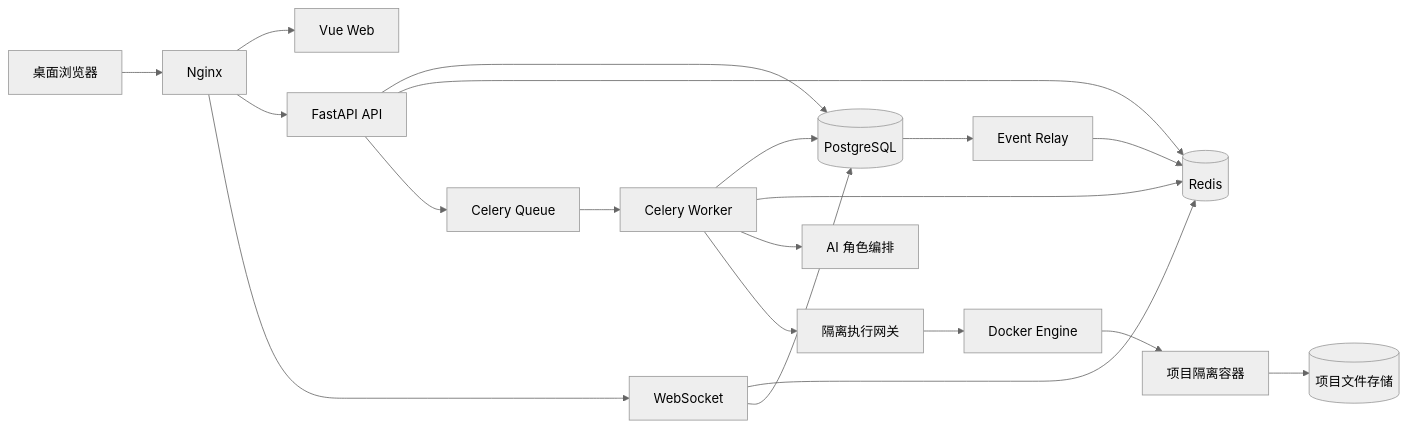
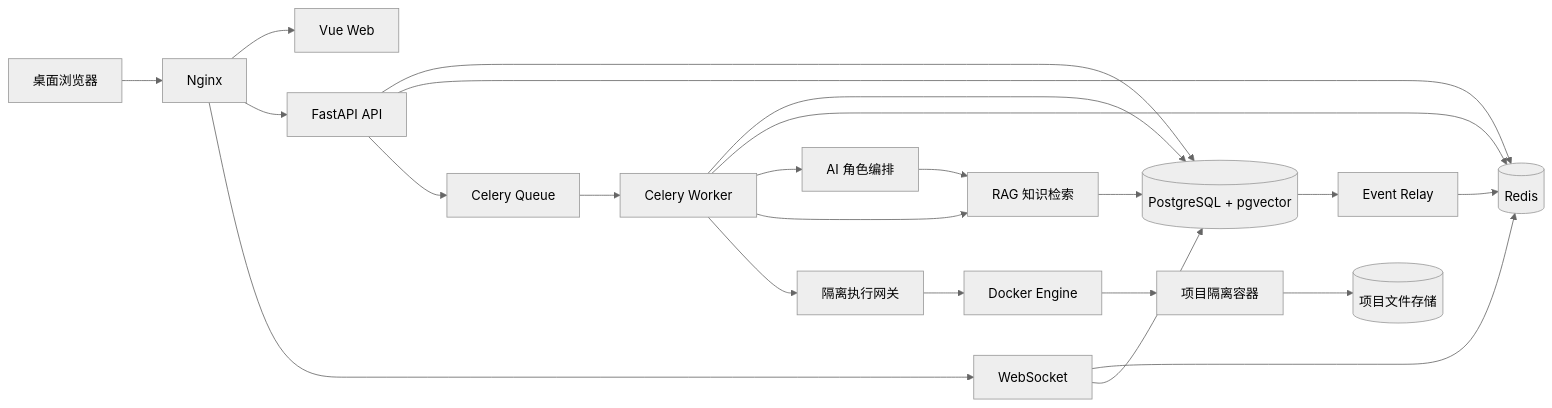
The first of 3 diagrams in docs/3_概要设计/自动化安全评估系统-概要设计总纲.md (F0G-K/asa-system), drawn with Mermaid (neutral theme) before and after one commit. The commit also changed other lines of this file and 119 other files, not shown here.

````diff
--- a/docs/3_概要设计/自动化安全评估系统-概要设计总纲.md
+++ b/docs/3_概要设计/自动化安全评估系统-概要设计总纲.md
@@ -96,25 +96,28 @@
 ```mermaid
 flowchart LR
     U[桌面浏览器] --> N[Nginx]
     N --> W[Vue Web]
     N --> A[FastAPI API]
     N --> S[WebSocket]
 
-    A --> P[(PostgreSQL)]
+    A --> P[(PostgreSQL + pgvector)]
     A --> R[(Redis)]
     A --> Q[Celery Queue]
     S --> R
     S --> P
 
     Q --> C[Celery Worker]
     C --> P
     C --> R
     C --> L[AI 角色编排]
+    C --> K[RAG 知识检索]
     C --> E[隔离执行网关]
+    K --> P
+    L --> K
     E --> D[Docker Engine]
     D --> X[项目隔离容器]
     X --> F[(项目文件存储)]
 
     P --> O[Event Relay]
     O --> R
 ```
````
